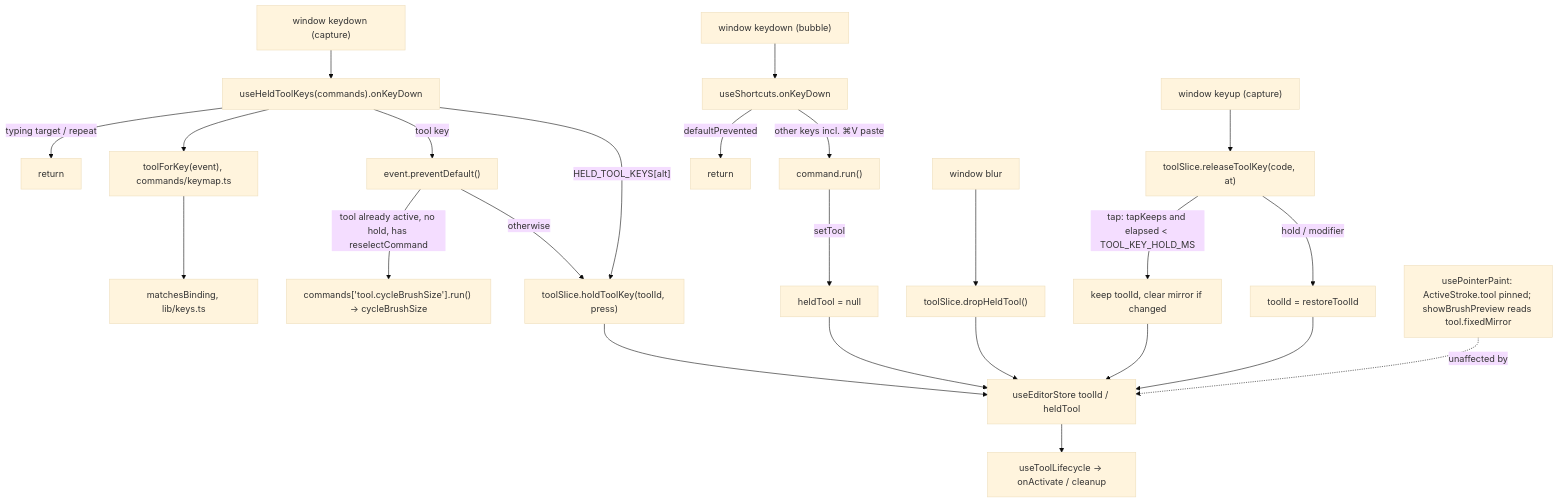
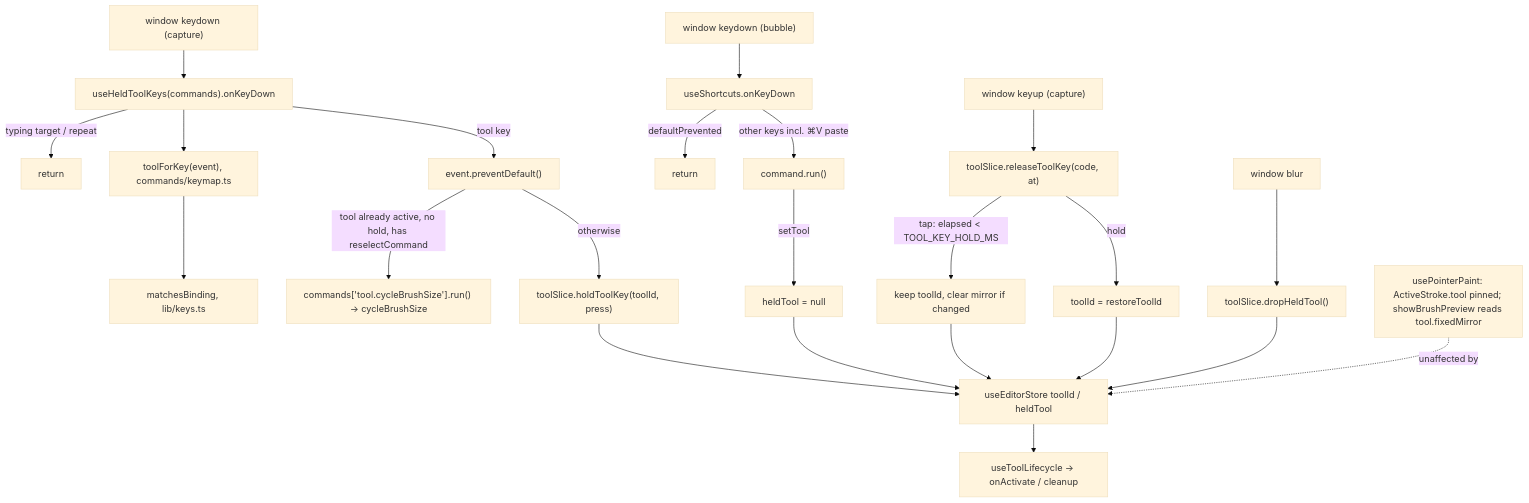
Before and after one commit to sabeq96/easy-sprite: the diagram in docs/contracts/2026-09-30-hold-tool-shortcuts.md, drawn with Mermaid (base theme). The commit also changed other lines of this file, not shown here.

First line of the commit message:
Contract: remove the Alt hold and tapKeeps; holding O replaces the Alt picker

````diff
--- a/docs/contracts/2026-09-30-hold-tool-shortcuts.md
+++ b/docs/contracts/2026-09-30-hold-tool-shortcuts.md
@@ -67,22 +70,21 @@
 ```mermaid
 flowchart TD
   KD["window keydown (capture)"] --> HK["useHeldToolKeys(commands).onKeyDown"]
   HK -->|typing target / repeat| X1[return]
   HK --> TFK["toolForKey(event), commands/keymap.ts"]
   TFK --> MB["matchesBinding, lib/keys.ts"]
   HK -->|tool key| PD["event.preventDefault()"]
   PD -->|"tool already active, no hold, has reselectCommand"| RS["commands['tool.cycleBrushSize'].run() → cycleBrushSize"]
   PD -->|otherwise| HOLD["toolSlice.holdToolKey(toolId, press)"]
-  HK -->|"HELD_TOOL_KEYS[alt]"| HOLD
   KD2["window keydown (bubble)"] --> SC["useShortcuts.onKeyDown"]
   SC -->|defaultPrevented| X2[return]
   SC -->|other keys incl. ⌘V paste| RUN["command.run()"]
   KU["window keyup (capture)"] --> REL["toolSlice.releaseToolKey(code, at)"]
   BL["window blur"] --> DROP["toolSlice.dropHeldTool()"]
-  REL -->|"tap: tapKeeps and elapsed < TOOL_KEY_HOLD_MS"| KEEP["keep toolId, clear mirror if changed"]
-  REL -->|hold / modifier| RESTORE["toolId = restoreToolId"]
+  REL -->|"tap: elapsed < TOOL_KEY_HOLD_MS"| KEEP["keep toolId, clear mirror if changed"]
+  REL -->|hold| RESTORE["toolId = restoreToolId"]
   RUN -->|setTool| CLR["heldTool = null"]
   HOLD & KEEP & RESTORE & DROP & CLR --> ST["useEditorStore toolId / heldTool"]
   ST --> TL["useToolLifecycle → onActivate / cleanup"]
   PP["usePointerPaint: ActiveStroke.tool pinned; showBrushPreview reads tool.fixedMirror"] -. unaffected by .-> ST
 ```
````
